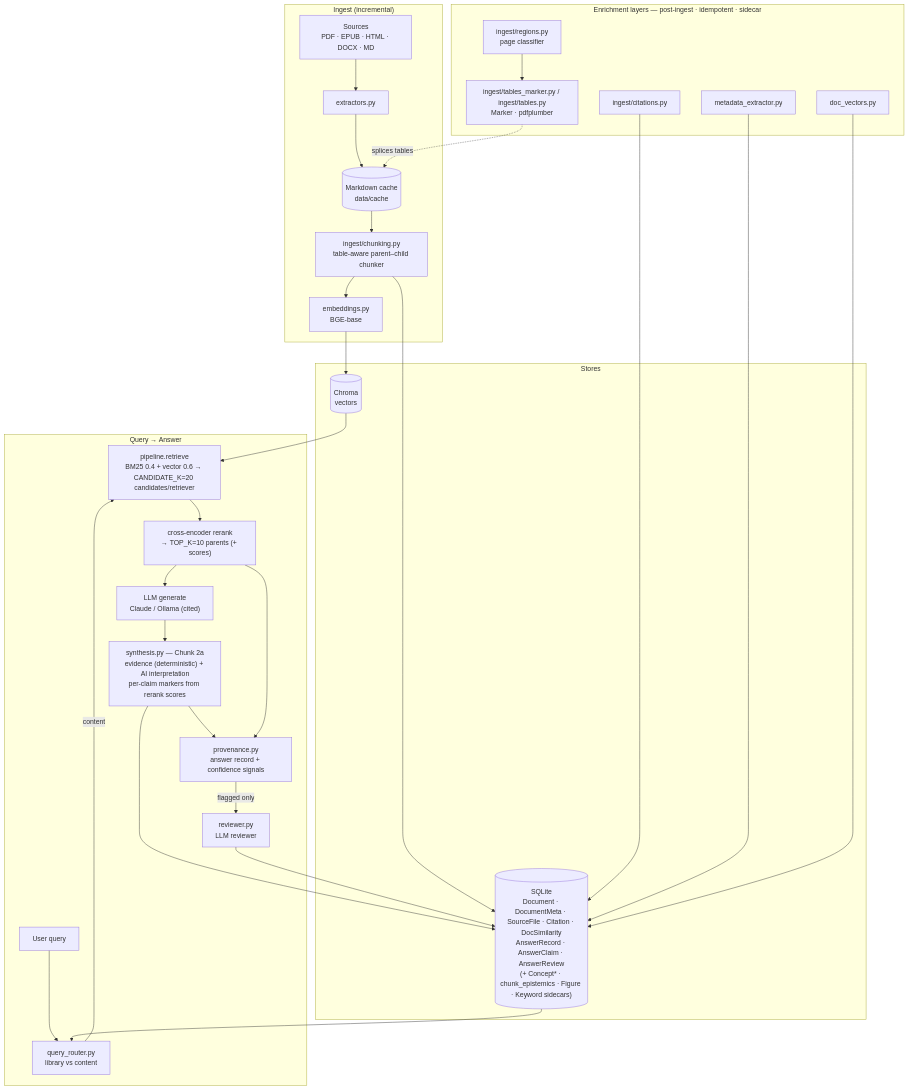
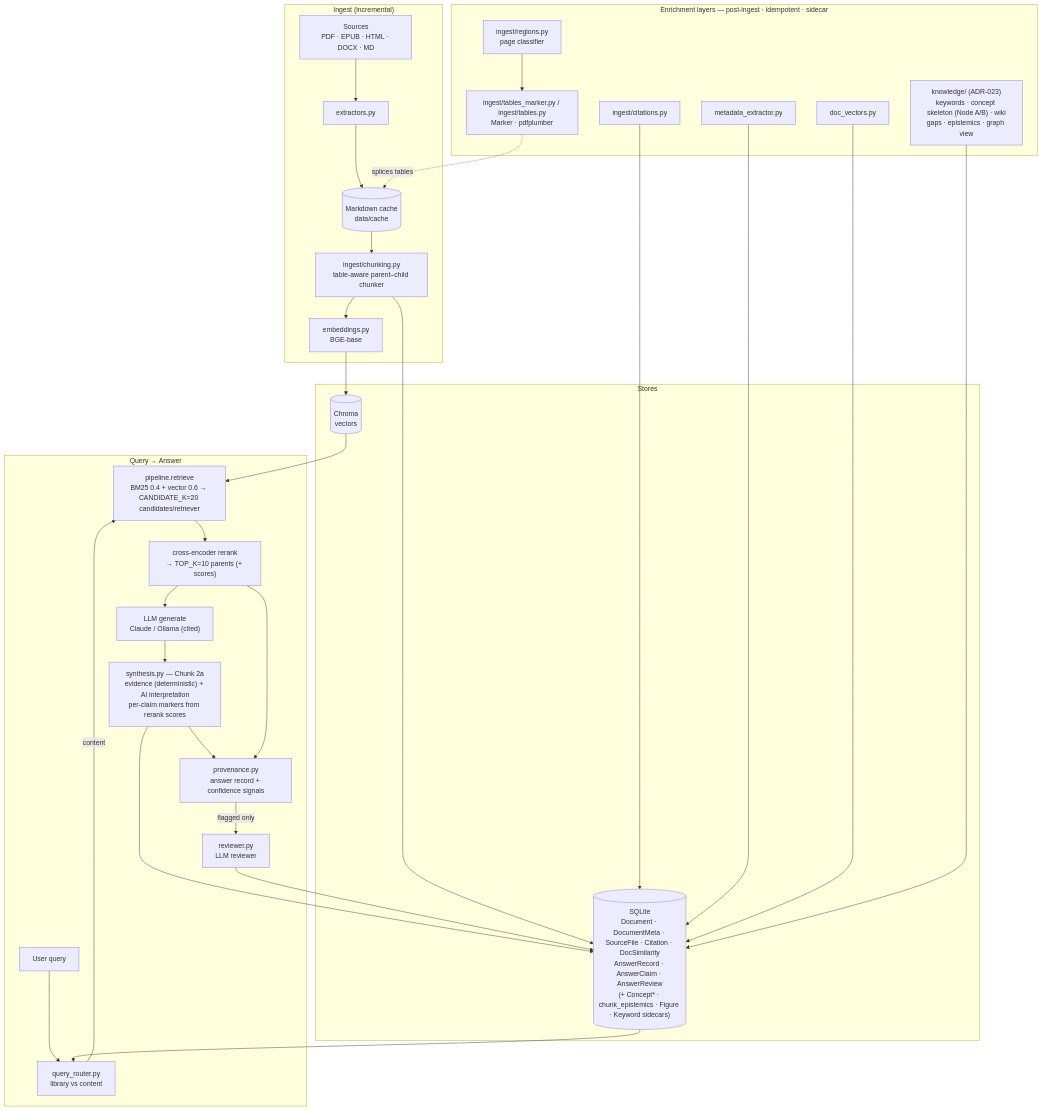
The first of 2 diagrams in docs/architecture.md (ldele/doc_assistant), drawn with Mermaid before and after one commit. The commit also changed other lines of this file and 64 other files, not shown here.

First line of the commit message:
Refactor: move the knowledge layer into src/doc_assistant/knowledge/ (ADR-023)

````diff
--- a/docs/architecture.md
+++ b/docs/architecture.md
@@ -30,43 +30,45 @@
 ```mermaid
 flowchart TD
     subgraph ING["Ingest (incremental)"]
         SRC["Sources<br/>PDF · EPUB · HTML · DOCX · MD"] --> EXT["extractors.py"]
         EXT --> CACHE[("Markdown cache<br/>data/cache")]
         CACHE --> CHUNK["ingest/chunking.py<br/>table-aware parent–child chunker"]
         CHUNK --> EMB["embeddings.py<br/>BGE-base"]
     end
 
     subgraph ENR["Enrichment layers — post-ingest · idempotent · sidecar"]
         REG["ingest/regions.py<br/>page classifier"] --> TBL["ingest/tables_marker.py / ingest/tables.py<br/>Marker · pdfplumber"]
         CIT["ingest/citations.py"]
         MD["metadata_extractor.py"]
         DV["doc_vectors.py"]
+        KNW["knowledge/ (ADR-023)<br/>keywords · concept skeleton (Node A/B) · wiki<br/>gaps · epistemics · graph view"]
     end
 
     subgraph ST["Stores"]
         CHROMA[("Chroma<br/>vectors")]
         SQL[("SQLite<br/>Document · DocumentMeta · SourceFile · Citation · DocSimilarity<br/>AnswerRecord · AnswerClaim · AnswerReview<br/>(+ Concept* · chunk_epistemics · Figure · Keyword sidecars)")]
     end
 
     subgraph QRY["Query → Answer"]
         Q["User query"] --> ROUTE["query_router.py<br/>library vs content"]
         ROUTE -->|content| RET["pipeline.retrieve<br/>BM25 0.4 + vector 0.6 → CANDIDATE_K=20 candidates/retriever"]
         RET --> RR["cross-encoder rerank<br/>→ TOP_K=10 parents (+ scores)"]
         RR --> GEN["LLM generate<br/>Claude / Ollama (cited)"]
         GEN --> SYN["synthesis.py — Chunk 2a<br/>evidence (deterministic) + AI interpretation<br/>per-claim markers from rerank scores"]
         SYN --> PROV["provenance.py<br/>answer record + confidence signals"]
         PROV -->|flagged only| REV["reviewer.py<br/>LLM reviewer"]
     end
 
     EMB --> CHROMA
     CHUNK --> SQL
     CIT --> SQL
     MD --> SQL
     DV --> SQL
+    KNW --> SQL
     TBL -. splices tables .-> CACHE
     CHROMA --> RET
     SQL --> ROUTE
     RR --> PROV
     SYN --> SQL
     REV --> SQL
 ```
````
